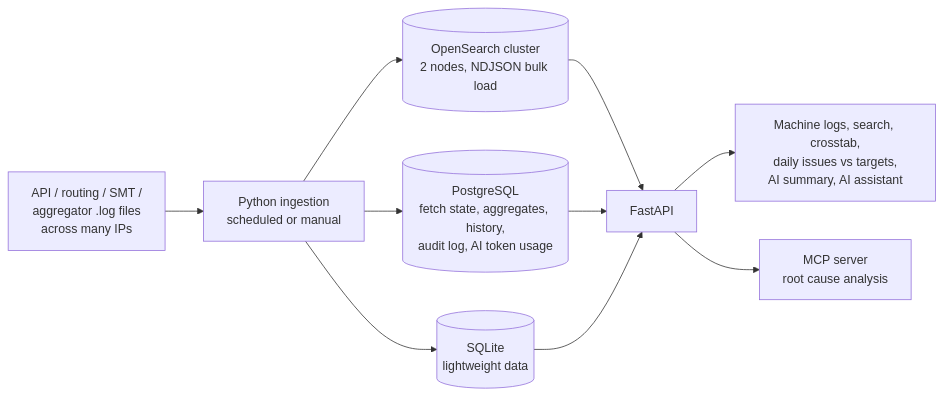
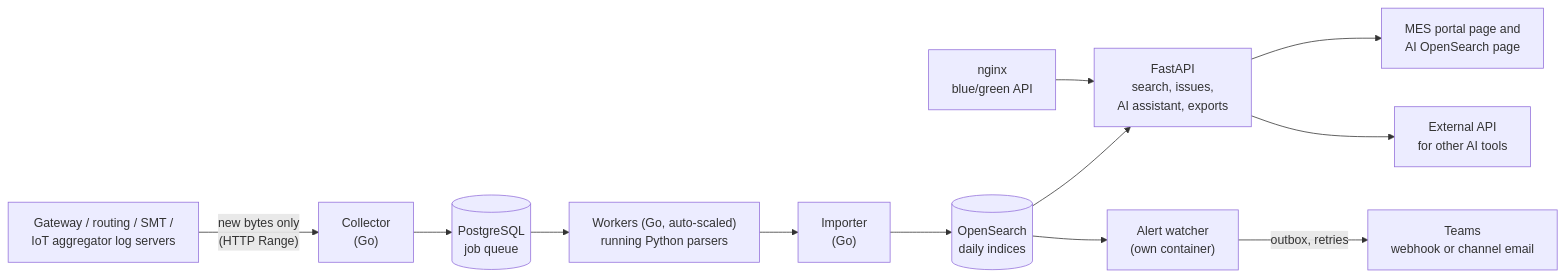
One commit to raven-clown/raven-clown changed the fifth of 13 diagrams in README.md. Above: the diagram before and after it, drawn with Mermaid. The commit also changed other lines of this file and 2 other files, not shown here.

````diff
--- a/README.md
+++ b/README.md
@@ -306,12 +306,14 @@
 ```mermaid
 flowchart LR
-    Src["API / routing / SMT /\naggregator .log files\nacross many IPs"] --> Ingest["Python ingestion\nscheduled or manual"]
-    Ingest --> OS[("OpenSearch cluster\n2 nodes, NDJSON bulk load")]
-    Ingest --> PG[("PostgreSQL\nfetch state, aggregates, history,\naudit log, AI token usage")]
-    Ingest --> Lite[("SQLite\nlightweight data")]
-    OS --> API["FastAPI"]
-    PG --> API
-    Lite --> API
-    API --> UI["Machine logs, search, crosstab,\ndaily issues vs targets,\nAI summary, AI assistant"]
-    API --> MCP["MCP server\nroot cause analysis"]
+    Src["Gateway / routing / SMT /\nIoT aggregator log servers"] -->|"new bytes only\n(HTTP Range)"| Col["Collector\n(Go)"]
+    Col --> Jobs[("PostgreSQL\njob queue")]
+    Jobs --> W["Workers (Go, auto-scaled)\nrunning Python parsers"]
+    W --> Imp["Importer\n(Go)"]
+    Imp --> OS[("OpenSearch\ndaily indices")]
+    OS --> API["FastAPI\nsearch, issues,\nAI assistant, exports"]
+    OS --> Watch["Alert watcher\n(own container)"]
+    Watch -->|"outbox, retries"| Teams["Teams\nwebhook or channel email"]
+    Nginx["nginx\nblue/green API"] --> API
+    API --> UI["MES portal page and\nAI OpenSearch page"]
+    API --> Ext["External API\nfor other AI tools"]
 ```
````
